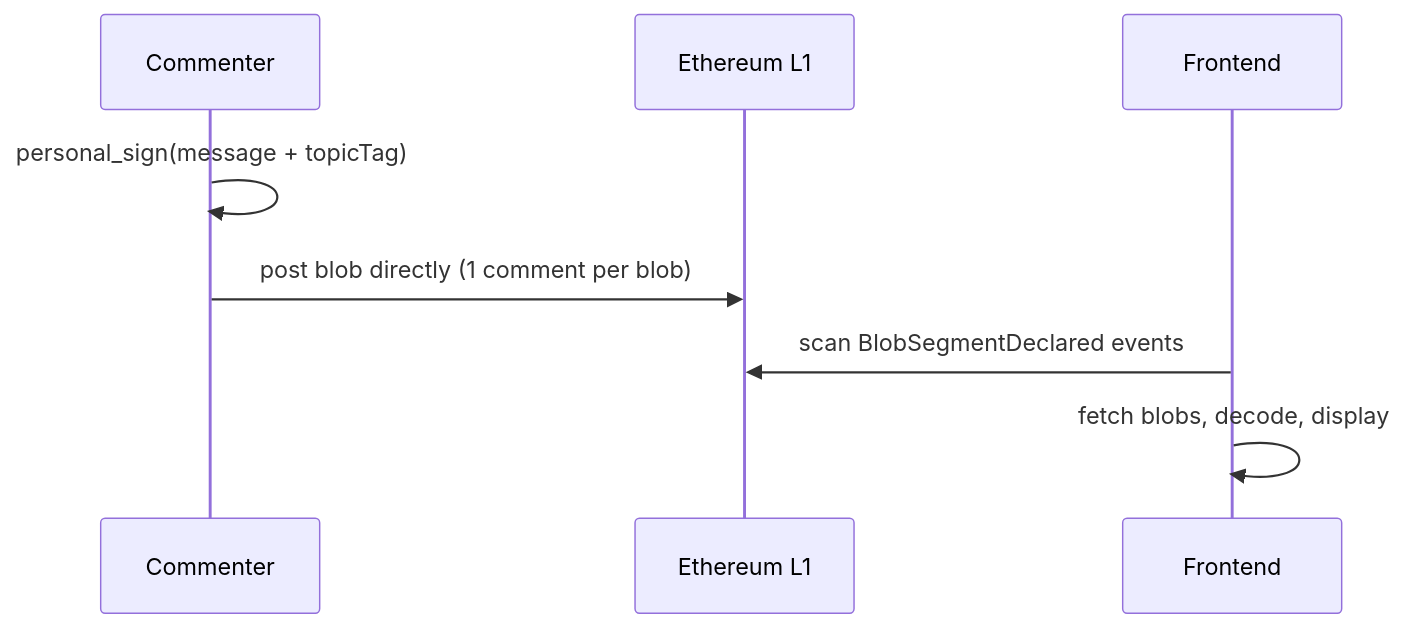
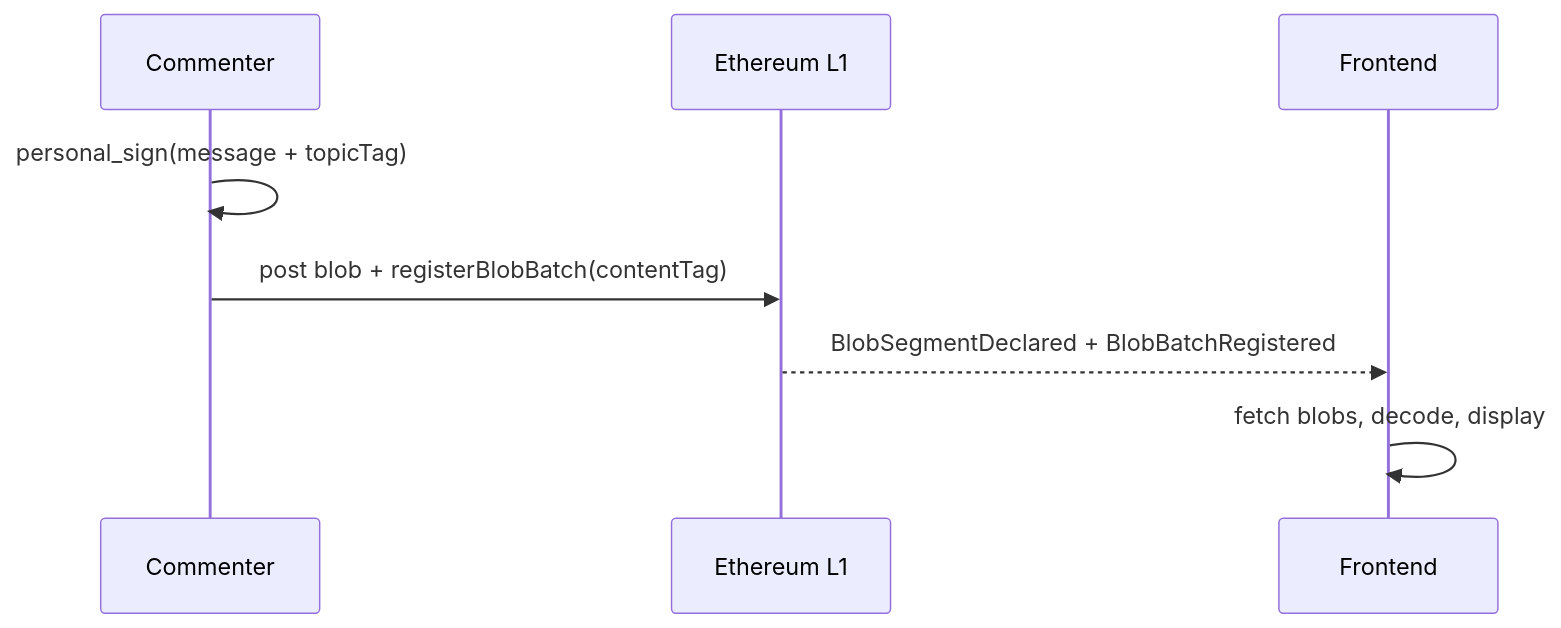
Before and after one commit to defi-wonderland/bam: the third of 3 diagrams in docs/design/comment-section.md, drawn with Mermaid. The commit also changed other lines of this file, not shown here.

First line of the commit message:
docs: add registerBlobBatch to fallback flow and BlobBatchRegistered to indexer

````diff
--- a/docs/design/comment-section.md
+++ b/docs/design/comment-section.md
@@ -45,11 +45,11 @@
 ```mermaid
 sequenceDiagram
     participant C as Commenter
     participant L1 as Ethereum L1
     participant F as Frontend
 
     C->>C: personal_sign(message + topicTag)
-    C->>L1: post blob directly (1 comment per blob)
-    F->>L1: scan BlobSegmentDeclared events
+    C->>L1: post blob + registerBlobBatch(contentTag)
+    L1-->>F: BlobSegmentDeclared + BlobBatchRegistered
     F->>F: fetch blobs, decode, display
 ```
````
